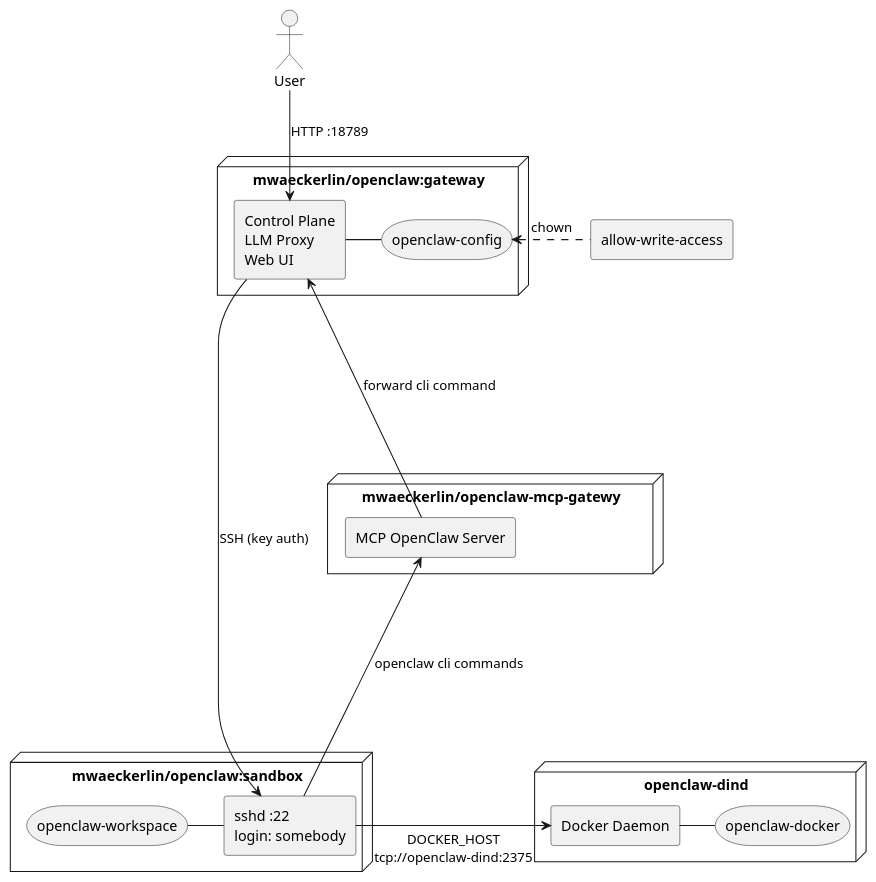
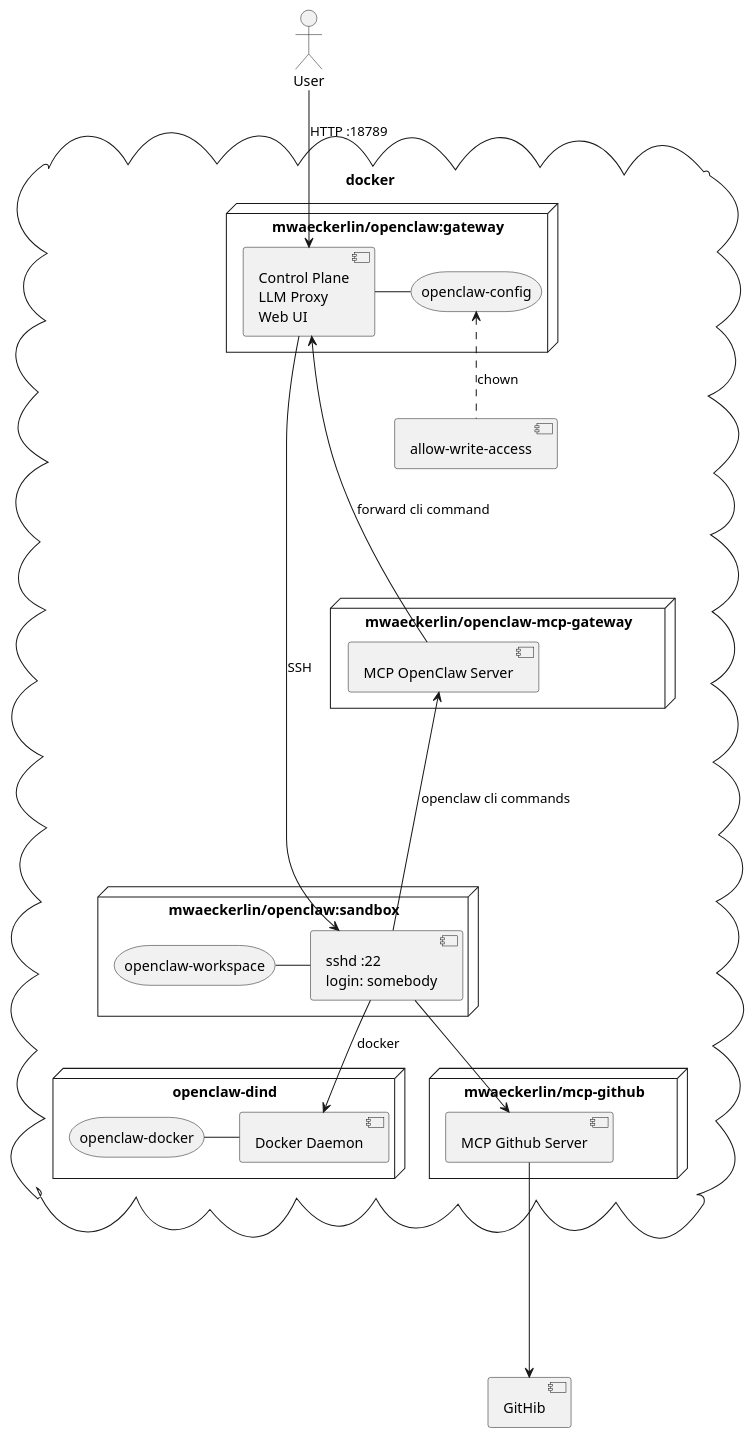
The second of 2 diagrams in README.md (mwaeckerlin/openclaw), drawn with PlantUML before and after one commit. The commit also changed other lines of this file and 6 other files, not shown here.

Commit message:
allow plantuml on github

````diff
--- a/README.md
+++ b/README.md
@@ -557,38 +73,43 @@
-```plantuml
-@startuml
-skinparam componentStyle rectangle
-
+@startuml architecture
 actor User as user
 
-node "mwaeckerlin/openclaw:gateway" as gw {
-  [Control Plane\nLLM Proxy\nWeb UI] as ctrl
-  storage "openclaw-config" as cfg
-  ctrl - cfg
+cloud docker {
+
+  node "mwaeckerlin/openclaw:gateway" as gw {
+    [Control Plane\nLLM Proxy\nWeb UI] as ctrl
+    storage "openclaw-config" as cfg
+    ctrl - cfg
+  }
+
+  node "mwaeckerlin/openclaw-mcp-gateway" {
+    [MCP OpenClaw Server] as mcp
+  }
+
+  node "mwaeckerlin/openclaw:sandbox" as sb {
+    [sshd :22\nlogin: somebody] as sshd
+    storage "openclaw-workspace" as ws
+    sshd -left- ws
+  }
+
+  node "openclaw-dind" as dind {
+    [Docker Daemon] as dd
+    storage "openclaw-docker" as dv
+    dd -left- dv
+  }
+
+  node "mwaeckerlin/mcp-github" {
+    [MCP Github Server] as gh
+  }
+
+  component "allow-write-access" as aw
 }
 
-node "mwaeckerlin/openclaw-mcp-gatewy" {
-  [MCP OpenClaw Server] as mcp
-}
-
-node "mwaeckerlin/openclaw:sandbox" as sb {
-  [sshd :22\nlogin: somebody] as sshd
-  storage "openclaw-workspace" as ws
-  sshd -left- ws
-}
-
-node "openclaw-dind" as dind {
-  [Docker Daemon] as dd
-  storage "openclaw-docker" as dv
-  dd -right- dv
-}
-
-component "allow-write-access" as aw
-
 user --> ctrl : "HTTP :18789"
-ctrl --> sshd : "SSH (key auth)"
+ctrl --> sshd : "SSH"
 sshd --up--> mcp : openclaw cli commands
 mcp --up--> ctrl : forward cli command
-sshd -right-> dd : "DOCKER_HOST\ntcp://openclaw-dind:2375"
-aw .left.> cfg : "chown"
+sshd --> gh
+gh ----> [GitHib]
+sshd -down-> dd : docker
+aw .up.> cfg : chown
 @enduml
-```
````
